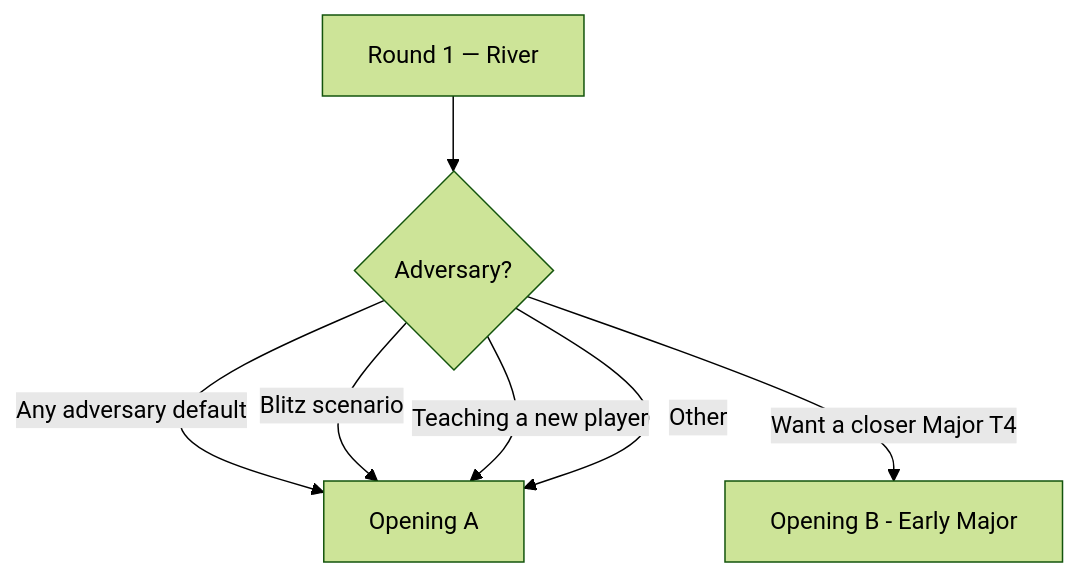
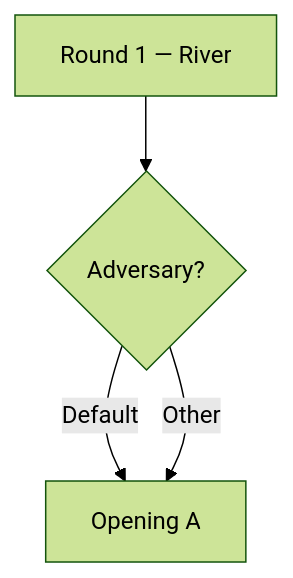
Before and after one commit to bfowle/spirit-island: the diagram in src/spirits/low/river-surges-in-sunlight.md, drawn with Mermaid (forest theme). The commit also changed other lines of this file and 4 other files, not shown here.

```diff
--- a/src/spirits/low/river-surges-in-sunlight.md
+++ b/src/spirits/low/river-surges-in-sunlight.md
@@ -125,9 +91,6 @@
 <pre class="mermaid">
 graph TD
   Start[Round 1 — River] --> Adv{Adversary?}
-  Adv -->|Any adversary default| A[Opening A]
-  Adv -->|Blitz scenario| A
-  Adv -->|Teaching a new player| A
-  Adv -->|Want a closer Major T4| B[Opening B - Early Major]
+  Adv -->|Default| A[Opening A]
   Adv -->|Other| A
 </pre>
```
